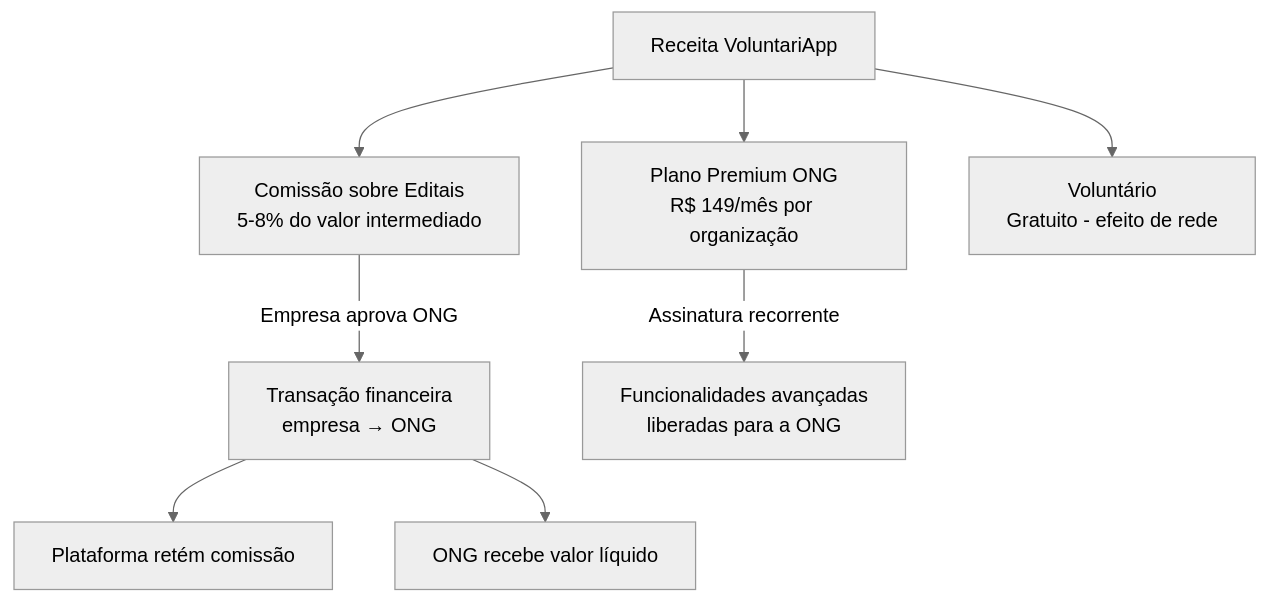
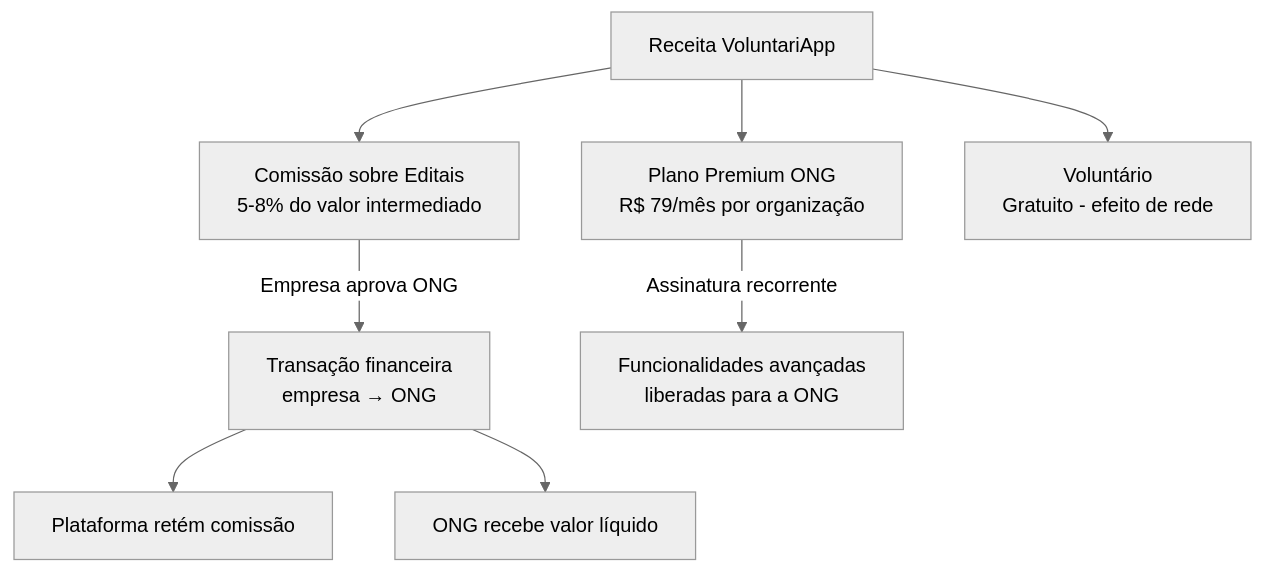
The seventh of 17 diagrams in docs/plano_negocios_detalhado.md (LucasSousaAl/VoluntariApp), drawn with Mermaid (neutral theme) before and after one commit. The commit also changed other lines of this file, not shown here.

First line of the commit message:
docs: revisão do plano de negócios — projeções realistas e 5 anos

````diff
--- a/docs/plano_negocios_detalhado.md
+++ b/docs/plano_negocios_detalhado.md
@@ -339,13 +339,13 @@
 ```mermaid
 graph TD
     R[Receita VoluntariApp]
     R --> R1[Comissão sobre Editais\n5-8% do valor intermediado]
-    R --> R2[Plano Premium ONG\nR$ 149/mês por organização]
+    R --> R2[Plano Premium ONG\nR$ 79/mês por organização]
     R --> R3[Voluntário\nGratuito - efeito de rede]
 
     R1 -->|Empresa aprova ONG| T[Transação financeira\nempresa → ONG]
     T --> C[Plataforma retém comissão]
     T --> O[ONG recebe valor líquido]
 
     R2 -->|Assinatura recorrente| F[Funcionalidades avançadas\nliberadas para a ONG]
 ```
````
